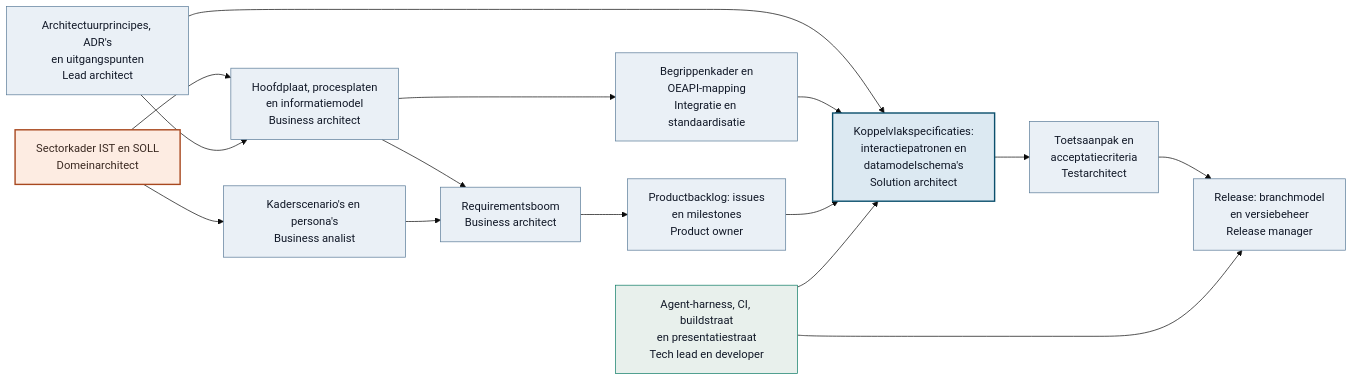
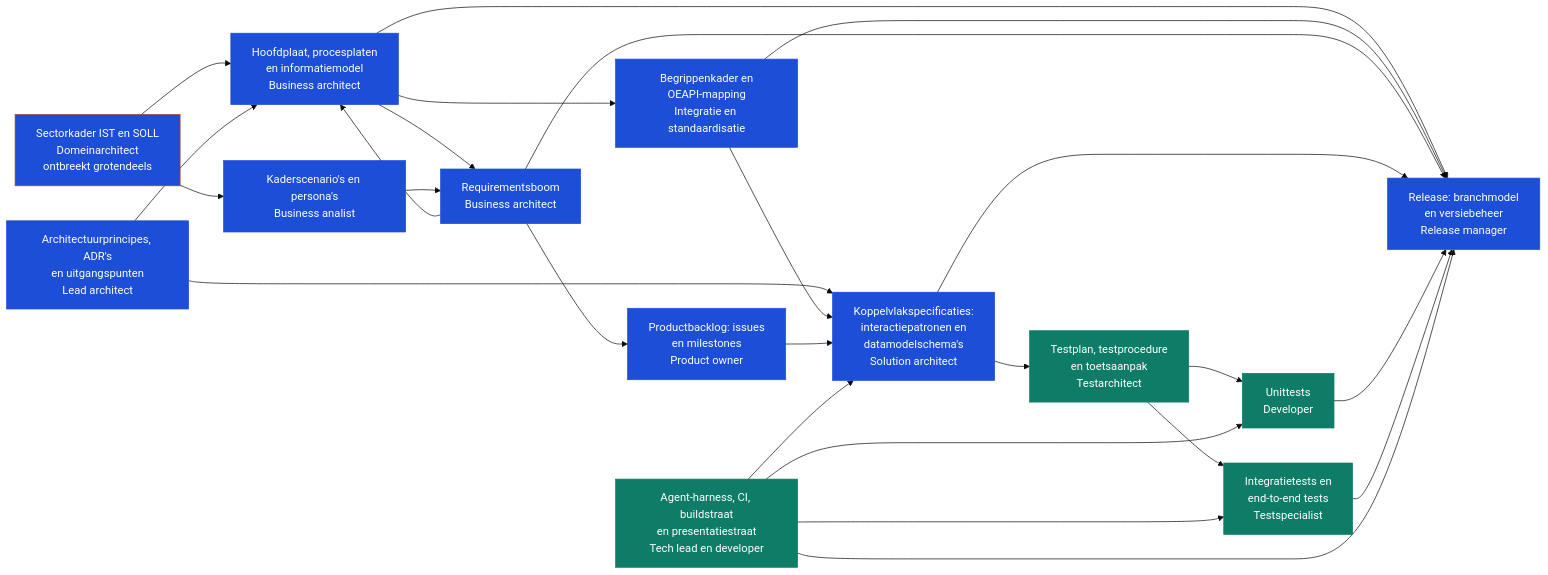
Before and after one commit to Npuls-OKx/meta: the second of 6 diagrams in presentaties/src/260903_rollen.md, drawn with Mermaid (base theme). The commit also changed other lines of this file, not shown here.

Commit message:
Productboom op kleurgroepen, met tests en de terugkoppeling naar het model
De productboom volgt nu dezelfde kleurgroepen als "Wat raakt OKx": blauw is
direct gevraagd door stakeholders, groen is impliciet nodig om dat waar te
maken.

Verder in de boom:
- Lijn van requirementsboom terug naar hoofdplaat, procesplaten en
  informatiemodel.
- Toetsaanpak heet nu testplan, testprocedure en toetsaanpak.
- Unittests bij de developer, integratietests en end-to-end tests bij de
  testspecialist, beide als eigen product.
- De release hangt aan vrijwel alles: model, boom, begrippen, specificatie en
  toetsen.
- Het sectorkader ontbreekt grotendeels; de aannames daaronder vullen we samen
  in.

Relateert aan: #210

Claude-Session: https://claude.ai/code/session_01NZet75nkjDbtTTY4dGxZqM

````diff
--- a/presentaties/src/260903_rollen.md
+++ b/presentaties/src/260903_rollen.md
@@ -265,39 +265,46 @@
 ```mermaid
 flowchart LR
-  SK["Sectorkader IST en SOLL<br/>Domeinarchitect"]
+  SK["Sectorkader IST en SOLL<br/>Domeinarchitect<br/>ontbreekt grotendeels"]
   AP["Architectuurprincipes, ADR's<br/>en uitgangspunten<br/>Lead architect"]
   HP["Hoofdplaat, procesplaten<br/>en informatiemodel<br/>Business architect"]
   KS["Kaderscenario's en persona's<br/>Business analist"]
   BK["Begrippenkader en<br/>OEAPI-mapping<br/>Integratie en standaardisatie"]
   RB["Requirementsboom<br/>Business architect"]
   PB["Productbacklog: issues<br/>en milestones<br/>Product owner"]
   KV["Koppelvlakspecificaties:<br/>interactiepatronen en<br/>datamodelschema's<br/>Solution architect"]
-  TA["Toetsaanpak en<br/>acceptatiecriteria<br/>Testarchitect"]
+  TP["Testplan, testprocedure<br/>en toetsaanpak<br/>Testarchitect"]
+  UT["Unittests<br/>Developer"]
+  IT["Integratietests en<br/>end-to-end tests<br/>Testspecialist"]
+  HA["Agent-harness, CI, buildstraat<br/>en presentatiestraat<br/>Tech lead en developer"]
   RE["Release: branchmodel<br/>en versiebeheer<br/>Release manager"]
-  HA["Agent-harness, CI, buildstraat<br/>en presentatiestraat<br/>Tech lead en developer"]
   SK --> HP
   SK --> KS
   AP --> HP
   AP --> KV
   HP --> BK
   HP --> RB
+  RB --> HP
   KS --> RB
   BK --> KV
   RB --> PB
   PB --> KV
-  KV --> TA
-  TA --> RE
+  KV --> TP
   HA --> KV
+  TP --> UT
+  TP --> IT
+  HA --> UT
+  HA --> IT
+  HP --> RE
+  BK --> RE
+  RB --> RE
+  KV --> RE
+  UT --> RE
+  IT --> RE
   HA --> RE
-  style SK fill:#fdece2,stroke:#A8481F,stroke-width:2px,color:#3b2a22
-  style AP fill:#eaf0f6,stroke:#5b7c99,color:#111827
-  style HP fill:#eaf0f6,stroke:#5b7c99,color:#111827
-  style KS fill:#eaf0f6,stroke:#5b7c99,color:#111827
-  style BK fill:#eaf0f6,stroke:#5b7c99,color:#111827
-  style RB fill:#eaf0f6,stroke:#5b7c99,color:#111827
-  style PB fill:#eaf0f6,stroke:#5b7c99,color:#111827
-  style KV fill:#dce9f2,stroke:#0B4F6C,stroke-width:2px,color:#111827
-  style TA fill:#eaf0f6,stroke:#5b7c99,color:#111827
-  style RE fill:#eaf0f6,stroke:#5b7c99,color:#111827
-  style HA fill:#e8f0ec,stroke:#0E7C66,color:#111827
+  classDef gevraagd fill:#1D4ED8,stroke:#1D4ED8,color:#ffffff
+  classDef impliciet fill:#0E7C66,stroke:#0E7C66,color:#ffffff
+  classDef ontbreekt fill:#1D4ED8,stroke:#A8481F,color:#ffffff
+  class AP,HP,KS,BK,RB,PB,KV,RE gevraagd
+  class TP,UT,IT,HA impliciet
+  class SK ontbreekt
 ```
````
